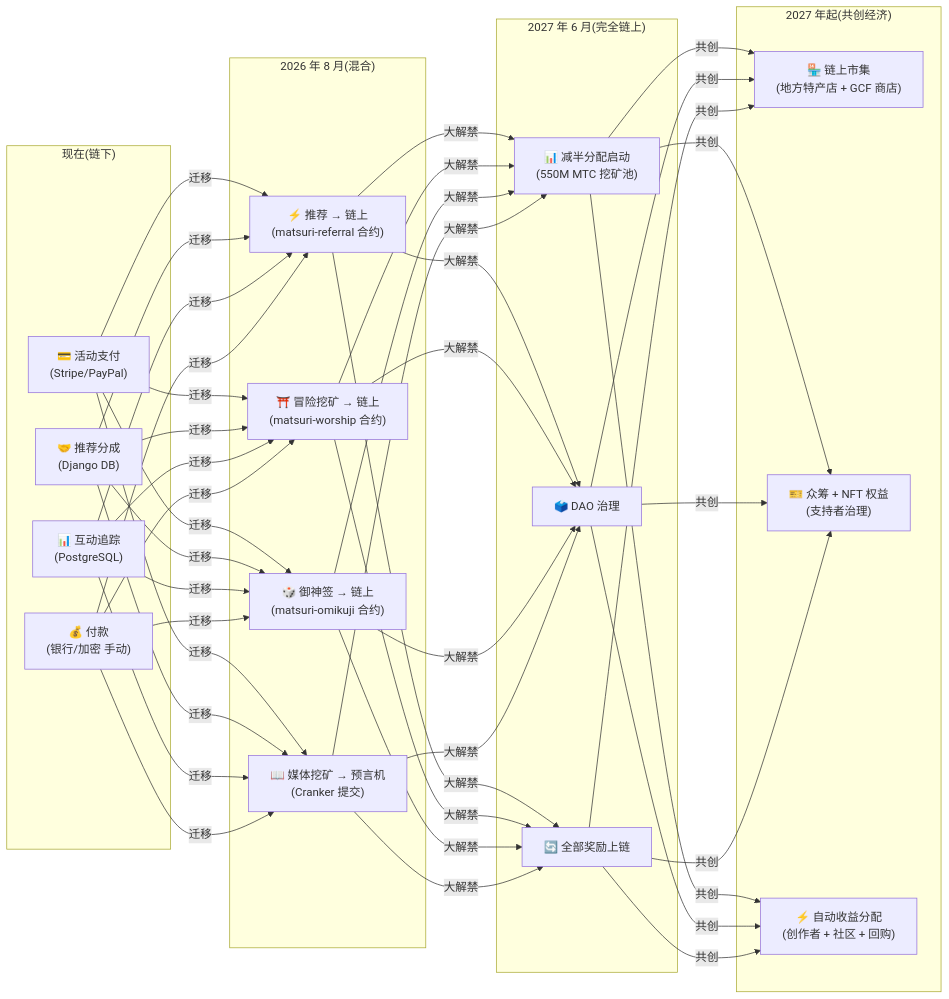
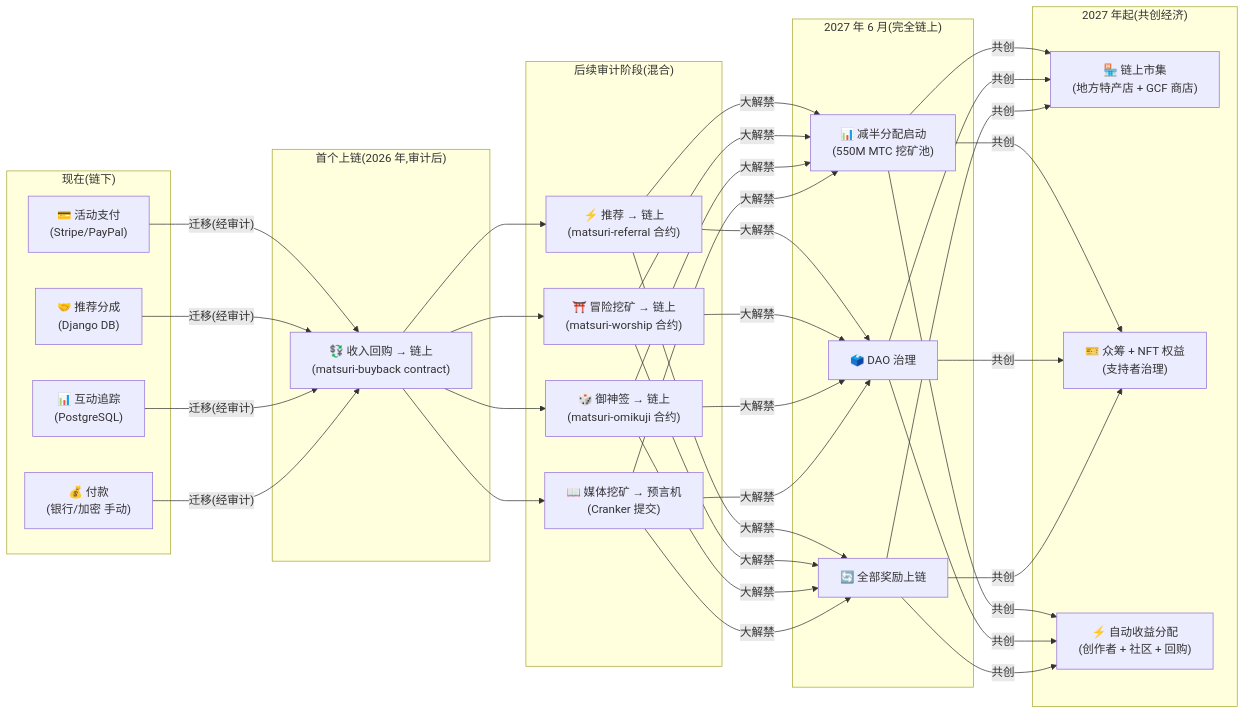
Before and after one commit to Cootakahashi/matsuri-dao-whitepaper: the fourth of 4 diagrams in i18n/zh-Hans/docusaurus-plugin-content-docs/current/04-mining.md, drawn with Mermaid. The commit also changed other lines of this file and 79 other files, not shown here.

First line of the commit message:
docs: re-sequence on-chain roadmap to match the staged Hashlock audit (20 locales)

````diff
--- a/i18n/zh-Hans/docusaurus-plugin-content-docs/current/04-mining.md
+++ b/i18n/zh-Hans/docusaurus-plugin-content-docs/current/04-mining.md
@@ -334,28 +344,32 @@
 ```mermaid
 graph LR
     subgraph "现在(链下)"
         O1["💳 活动支付\n(Stripe/PayPal)"]
         O2["🤝 推荐分成\n(Django DB)"]
         O3["📊 互动追踪\n(PostgreSQL)"]
         O4["💰 付款\n(银行/加密 手动)"]
     end
-    subgraph "2026 年 8 月(混合)"
+    subgraph "首个上链(2026 年,审计后)"
+        H0["💱 收入回购 → 链上\n(matsuri-buyback contract)"]
+    end
+    subgraph "后续审计阶段(混合)"
         H1["⚡ 推荐 → 链上\n(matsuri-referral 合约)"]
         H2["⛩️ 冒险挖矿 → 链上\n(matsuri-worship 合约)"]
         H3["🎲 御神签 → 链上\n(matsuri-omikuji 合约)"]
         H4["📖 媒体挖矿 → 预言机\n(Cranker 提交)"]
     end
     subgraph "2027 年 6 月(完全链上)"
         F1["📊 减半分配启动\n(550M MTC 挖矿池)"]
         F2["🗳️ DAO 治理"]
         F3["🔄 全部奖励上链"]
     end
     subgraph "2027 年起(共创经济)"
         G1["🏪 链上市集\n(地方特产店 + GCF 商店)"]
         G2["🎫 众筹 + NFT 权益\n(支持者治理)"]
         G3["⚡ 自动收益分配\n(创作者 + 社区 + 回购)"]
     end
-    O1 & O2 & O3 & O4 -->|"迁移"| H1 & H2 & H3 & H4
+    O1 & O2 & O3 & O4 -->|"迁移(经审计)"| H0
+    H0 --> H1 & H2 & H3 & H4
     H1 & H2 & H3 & H4 -->|"大解禁"| F1 & F2 & F3
     F1 & F2 & F3 -->|"共创"| G1 & G2 & G3
 ```
````
